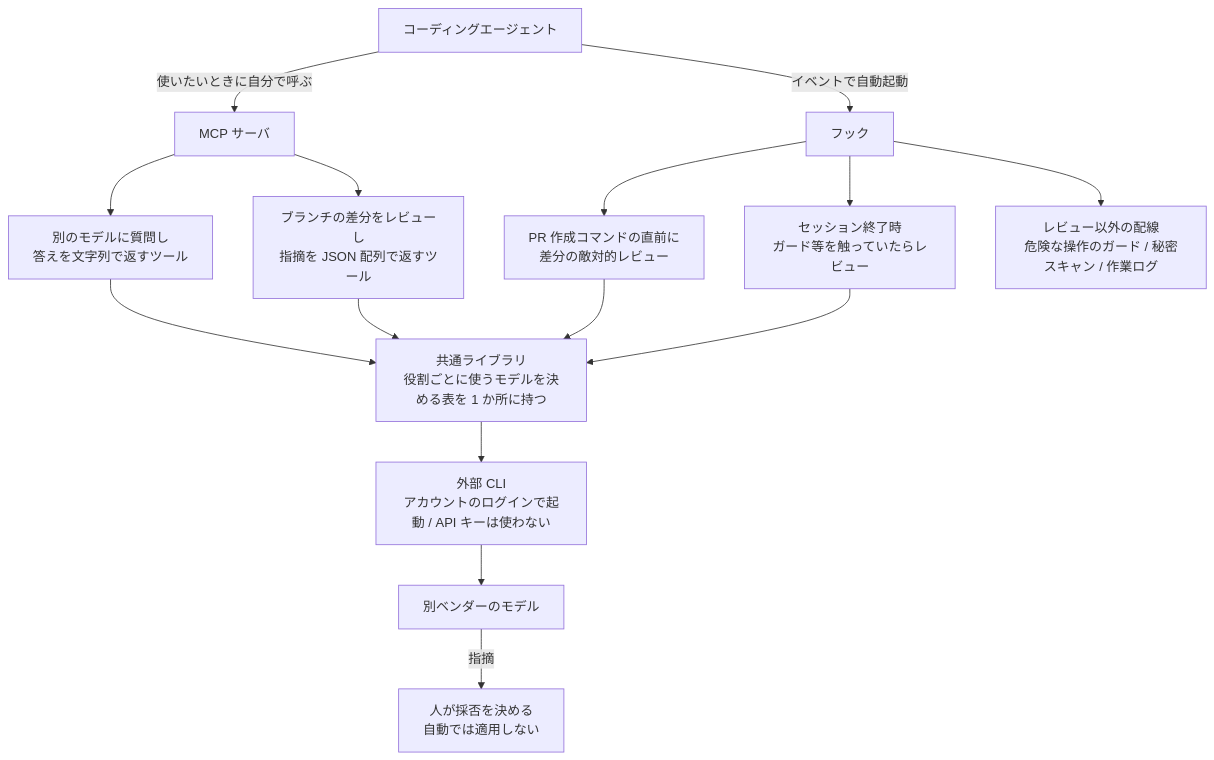
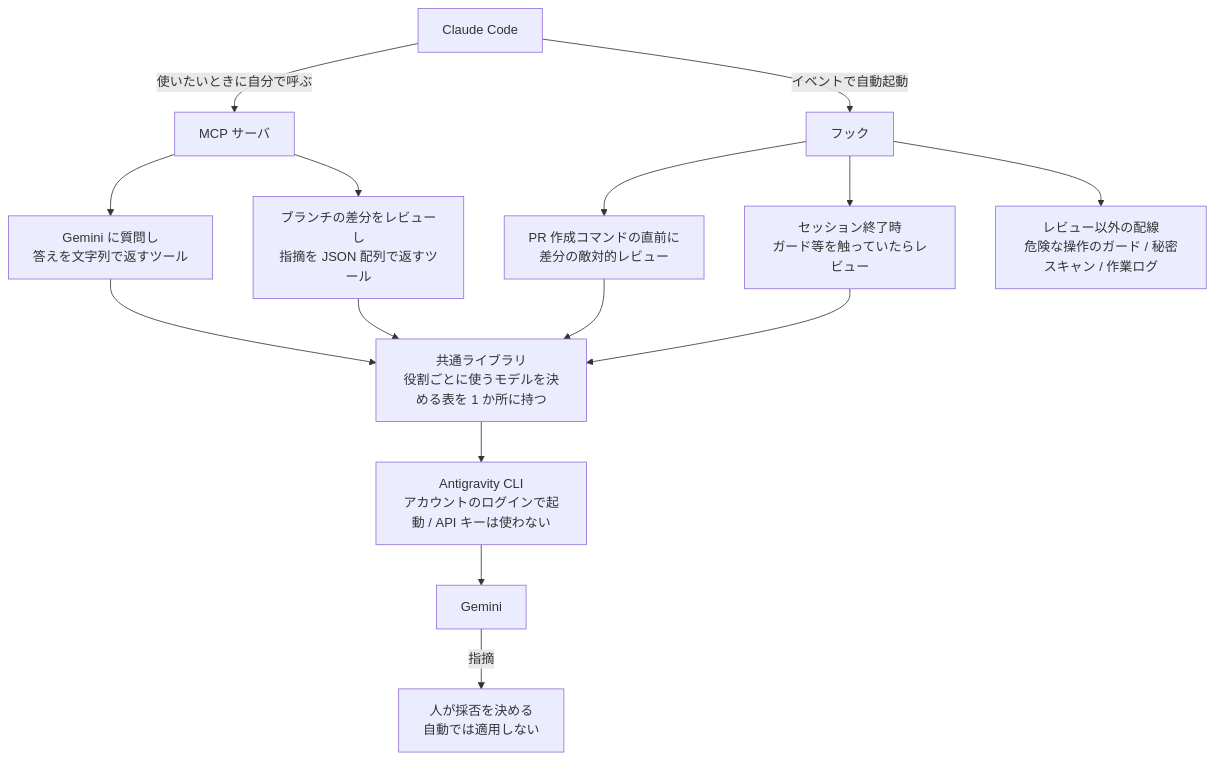
The diagram in articles/token-cost-rework.md (keisato848/zenn-content), drawn with Mermaid before and after one commit. The commit also changed other lines of this file, not shown here.

````diff
--- a/articles/token-cost-rework.md
+++ b/articles/token-cost-rework.md
@@ -31,19 +17,19 @@
 ```mermaid
 flowchart TD
-    A[コーディングエージェント]
+    A[Claude Code]
     A -->|使いたいときに自分で呼ぶ| M[MCP サーバ]
-    M --> M1[別のモデルに質問し<br/>答えを文字列で返すツール]
+    M --> M1[Gemini に質問し<br/>答えを文字列で返すツール]
     M --> M2[ブランチの差分をレビューし<br/>指摘を JSON 配列で返すツール]
     A -->|イベントで自動起動| H[フック]
     H --> H1[PR 作成コマンドの直前に<br/>差分の敵対的レビュー]
     H --> H2[セッション終了時<br/>ガード等を触っていたらレビュー]
     H --> H3[レビュー以外の配線<br/>危険な操作のガード / 秘密スキャン / 作業ログ]
     M1 --> L
     M2 --> L
     H1 --> L
     H2 --> L
     L[共通ライブラリ<br/>役割ごとに使うモデルを決める表を 1 か所に持つ]
-    L --> C[外部 CLI<br/>アカウントのログインで起動 / API キーは使わない]
-    C --> V[別ベンダーのモデル]
+    L --> C[Antigravity CLI<br/>アカウントのログインで起動 / API キーは使わない]
+    C --> V[Gemini]
     V -->|指摘| P[人が採否を決める<br/>自動では適用しない]
 ```
````
